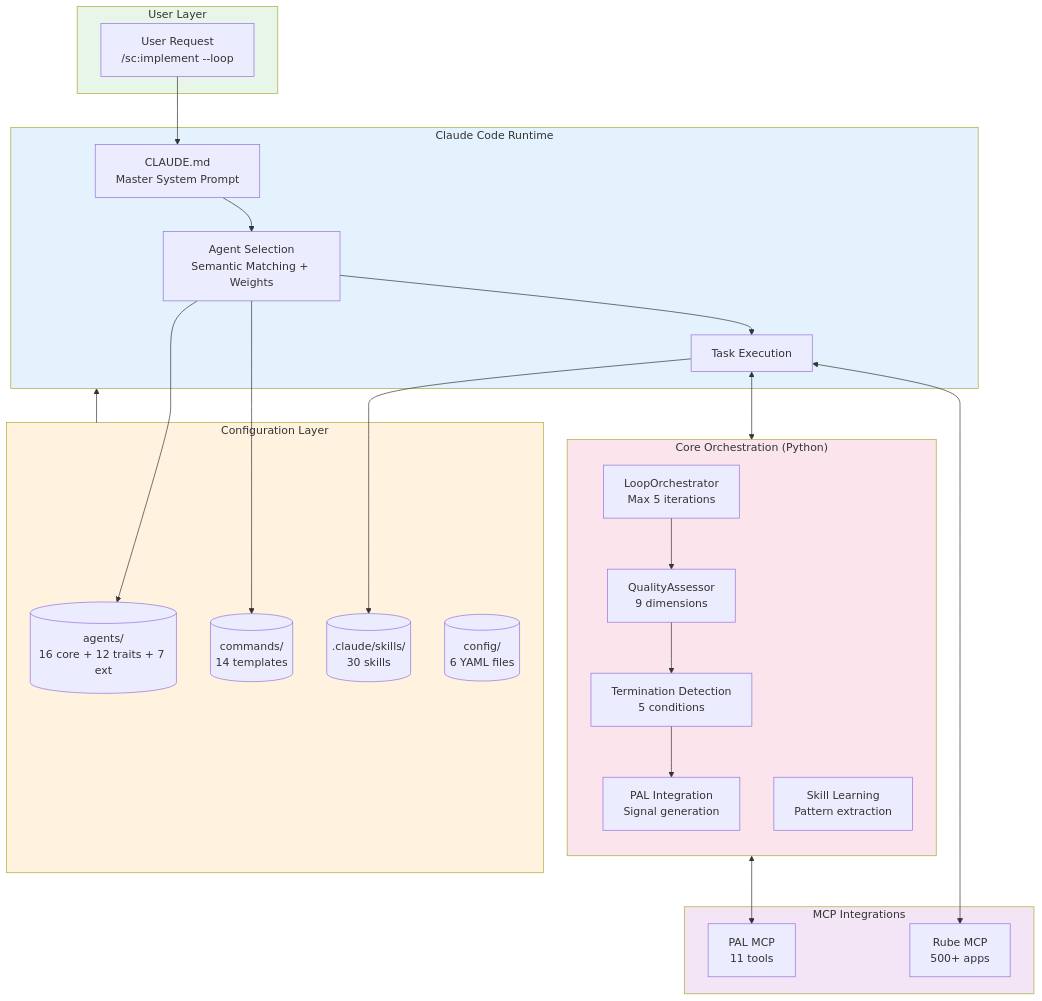
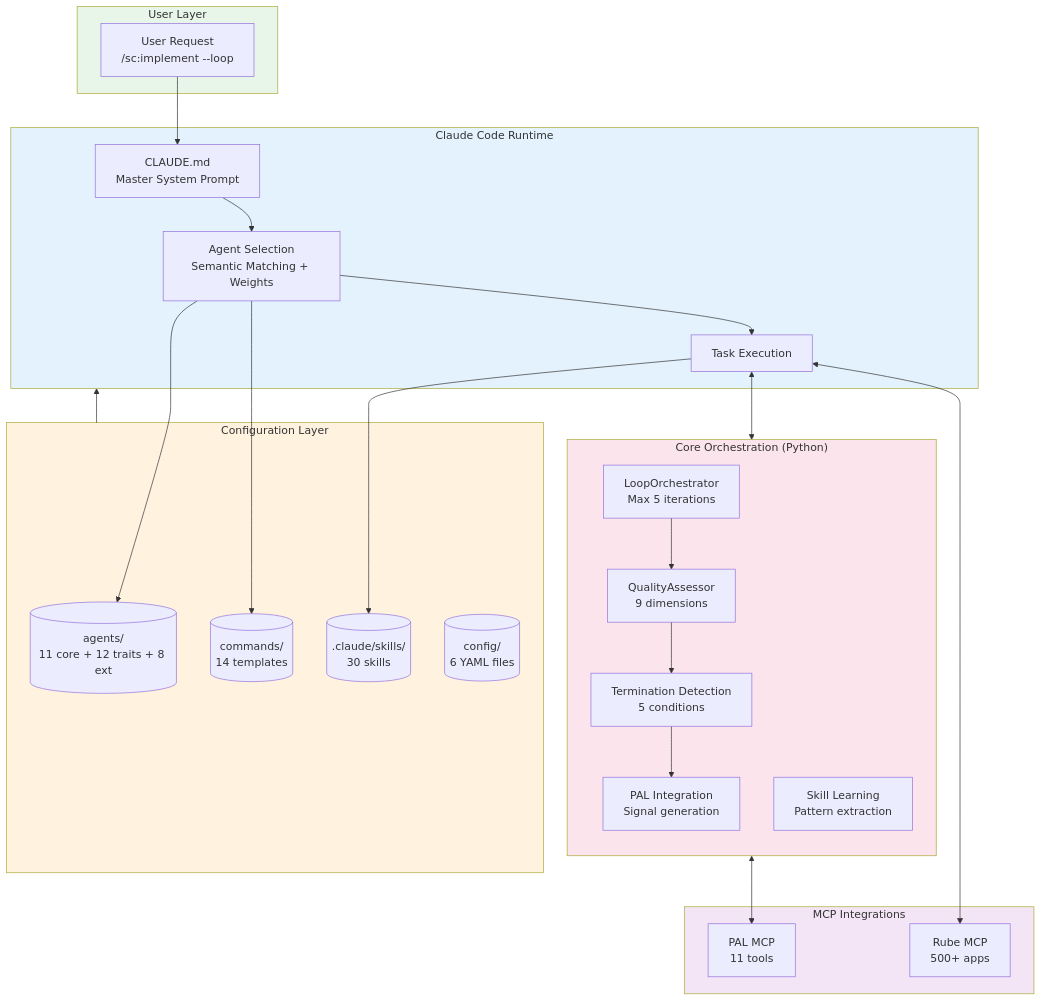
The first of 9 diagrams in README.md (Tony363/SuperClaude), drawn with Mermaid before and after one commit. The commit also changed other lines of this file and 45 other files, not shown here.

````diff
--- a/README.md
+++ b/README.md
@@ -128,53 +128,53 @@
 ```mermaid
 flowchart TB
     subgraph User["User Layer"]
         REQ["User Request<br/>/sc:implement --loop"]
     end
 
     subgraph Runtime["Claude Code Runtime"]
         CLAUDE["CLAUDE.md<br/>Master System Prompt"]
         SELECT["Agent Selection<br/>Semantic Matching + Weights"]
         EXEC["Task Execution"]
     end
 
     subgraph Config["Configuration Layer"]
-        AGENTS[("agents/<br/>16 core + 12 traits + 7 ext")]
+        AGENTS[("agents/<br/>11 core + 12 traits + 8 ext")]
         COMMANDS[("commands/<br/>14 templates")]
         SKILLS[(".claude/skills/<br/>30 skills")]
         YAML[("config/<br/>6 YAML files")]
     end
 
     subgraph Core["Core Orchestration (Python)"]
         direction TB
         LOOP["LoopOrchestrator<br/>Max 5 iterations"]
         QUALITY["QualityAssessor<br/>9 dimensions"]
         TERM["Termination Detection<br/>5 conditions"]
         PALINT["PAL Integration<br/>Signal generation"]
         LEARN["Skill Learning<br/>Pattern extraction"]
     end
 
     subgraph MCP["MCP Integrations"]
         PAL["PAL MCP<br/>11 tools"]
         RUBE["Rube MCP<br/>500+ apps"]
     end
 
     REQ --> CLAUDE
     CLAUDE --> SELECT
     SELECT --> AGENTS
     SELECT --> COMMANDS
     SELECT --> EXEC
     EXEC --> SKILLS
     EXEC <--> Core
     LOOP --> QUALITY
     QUALITY --> TERM
     TERM --> PALINT
     PALINT <--> PAL
     EXEC <--> RUBE
     Config --> Runtime
 
     style User fill:#e8f5e9
     style Runtime fill:#e3f2fd
     style Config fill:#fff3e0
     style Core fill:#fce4ec
     style MCP fill:#f3e5f5
 ```
````
